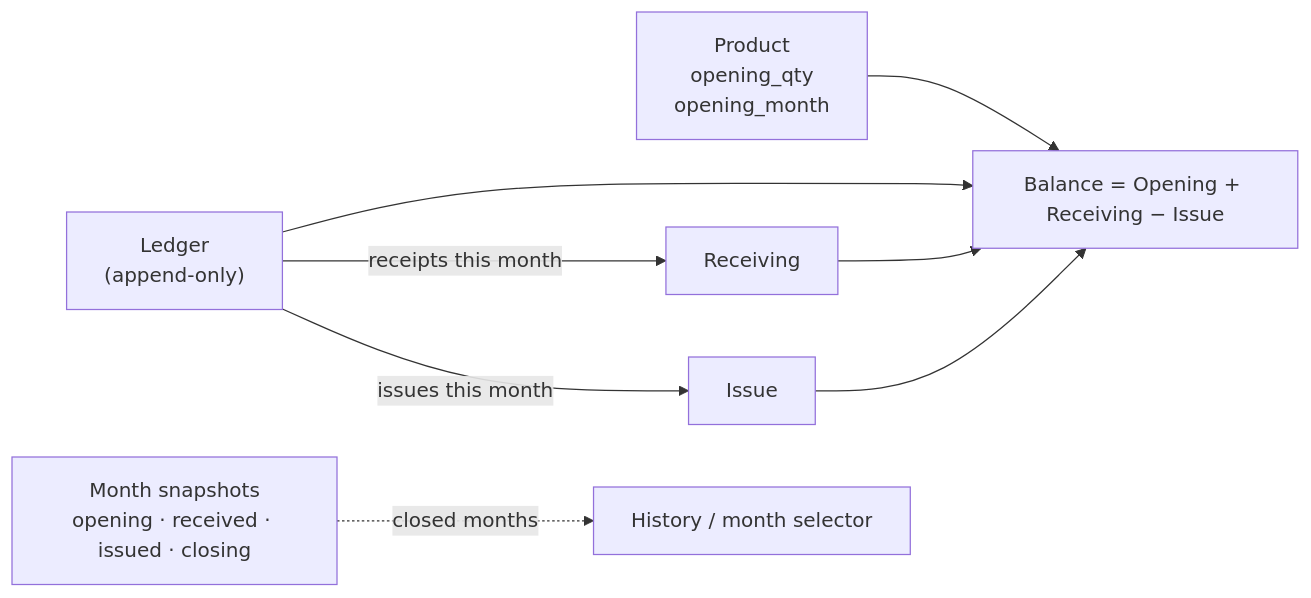
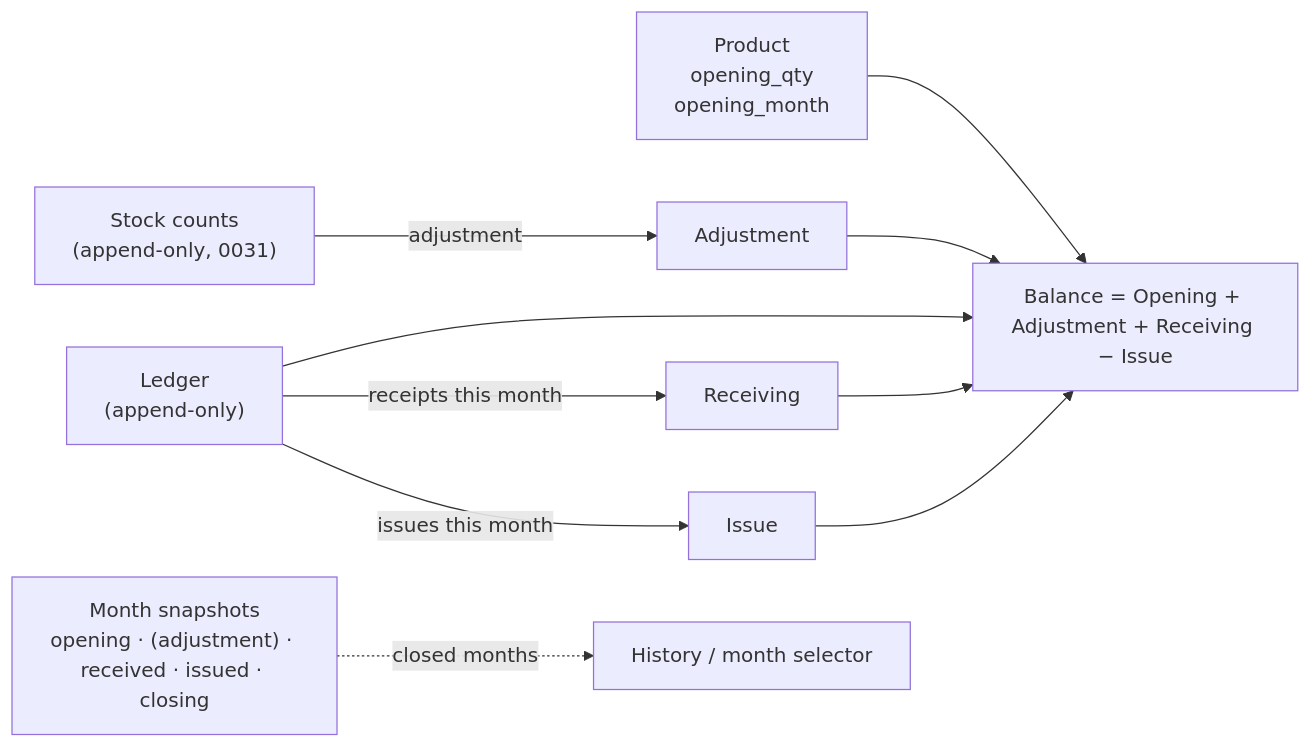
The first of 5 diagrams in docs/inventory/README.md (Himkush1414/Super-Management-System), drawn with Mermaid before and after one commit. The commit also changed other lines of this file and 6 other files, not shown here.

First line of the commit message:
docs(inventory): month-start balance in the README, user guide, plain-words guide and backup notes

````diff
--- a/docs/inventory/README.md
+++ b/docs/inventory/README.md
@@ -76,11 +79,13 @@
 ```mermaid
 flowchart LR
   P["Product<br/>opening_qty<br/>opening_month"] --> B
   L["Ledger<br/>(append-only)"] --> B
-  B["Balance = Opening + Receiving − Issue"]
+  C["Stock counts<br/>(append-only, 0031)"] -->|adjustment| A[Adjustment]
+  B["Balance = Opening + Adjustment + Receiving − Issue"]
   L -->|receipts this month| R[Receiving]
   L -->|issues this month| I[Issue]
+  A --> B
   R --> B
   I --> B
-  S["Month snapshots<br/>opening · received · issued · closing"] -.->|closed months| H[History / month selector]
+  S["Month snapshots<br/>opening · (adjustment) · received · issued · closing"] -.->|closed months| H[History / month selector]
 ```
````
